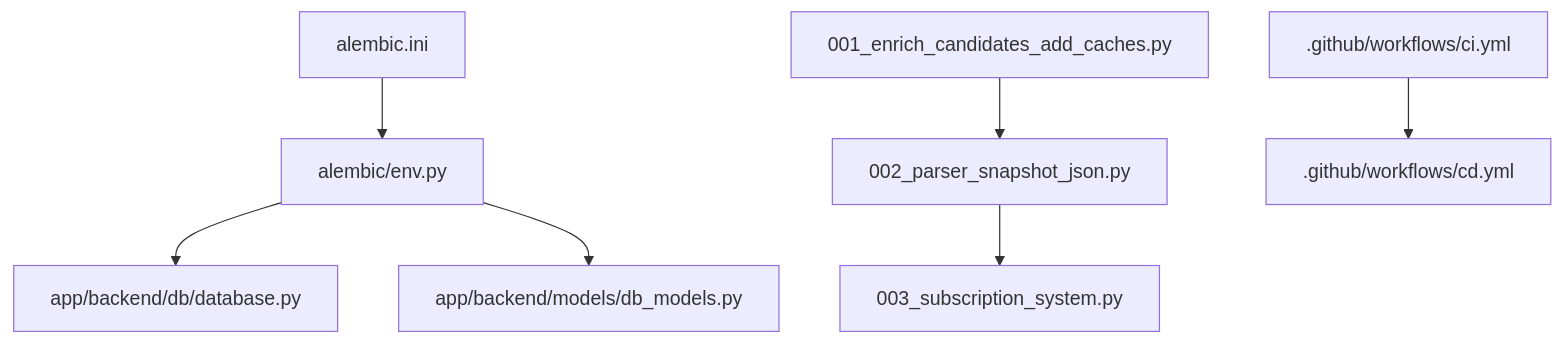
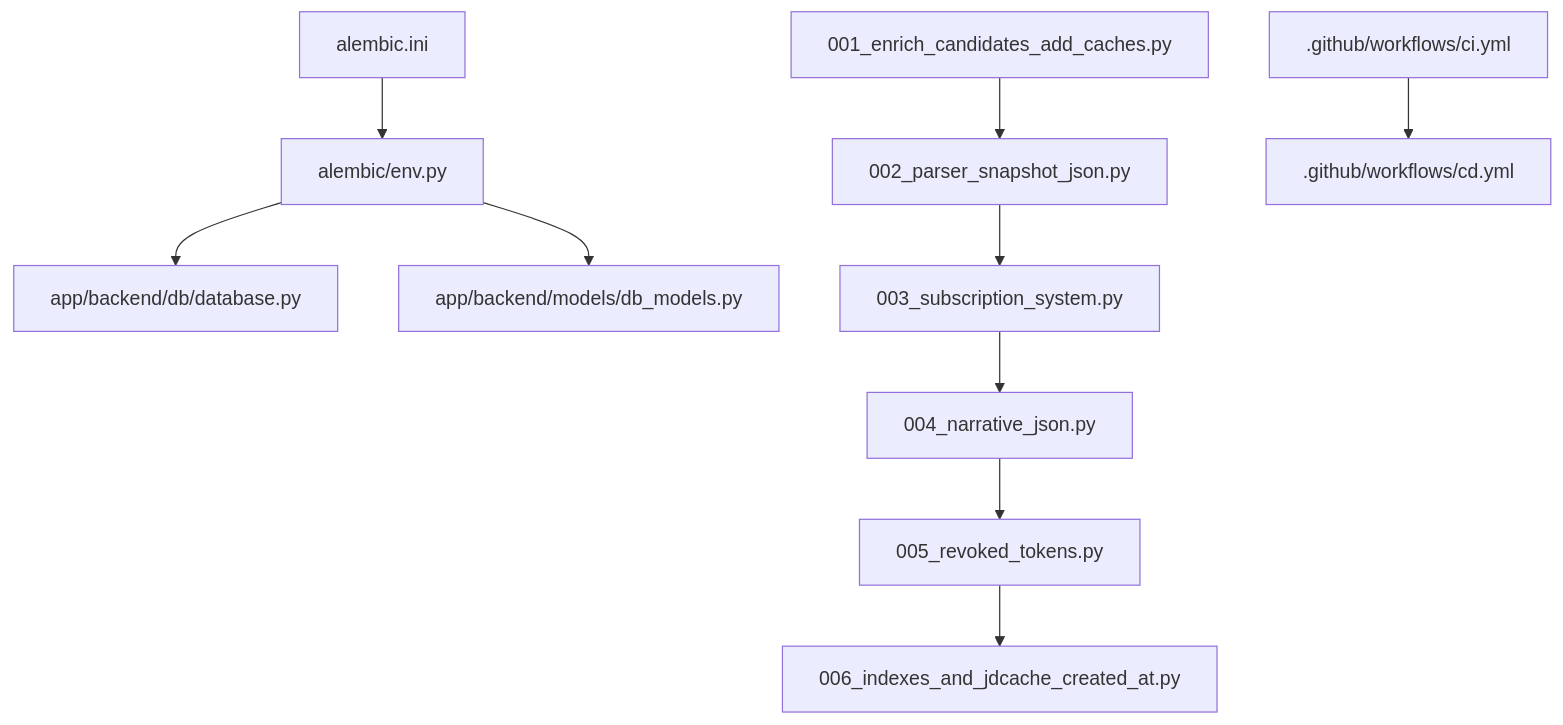
The ninth of 9 diagrams in .qoder/repowiki/en/content/Database Design/Migration Management.md (Revanththetalogics/aireume), drawn with Mermaid before and after one commit. The commit also changed other lines of this file and 33 other files, not shown here.

````diff
--- a/.qoder/repowiki/en/content/Database Design/Migration Management.md
+++ b/.qoder/repowiki/en/content/Database Design/Migration Management.md
@@ -252,9 +354,12 @@
 ```mermaid
 graph TB
 A["alembic.ini"] --> B["alembic/env.py"]
 B --> C["app/backend/db/database.py"]
 B --> D["app/backend/models/db_models.py"]
 E["001_enrich_candidates_add_caches.py"] --> F["002_parser_snapshot_json.py"]
 F --> G["003_subscription_system.py"]
-H[".github/workflows/ci.yml"] --> I[".github/workflows/cd.yml"]
+G --> H["004_narrative_json.py"]
+H --> I["005_revoked_tokens.py"]
+I --> J["006_indexes_and_jdcache_created_at.py"]
+K[".github/workflows/ci.yml"] --> L[".github/workflows/cd.yml"]
 ```
````
